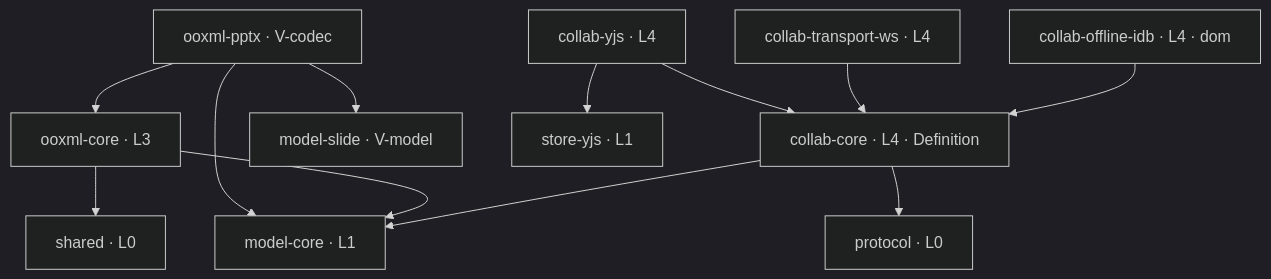
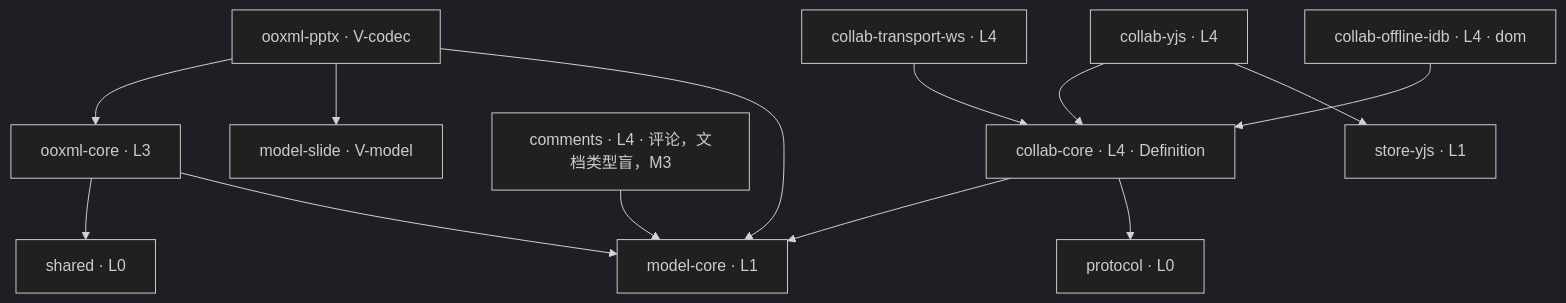
The eighth of 18 diagrams in docs/00-charter/charter.md (Xeonice/cordis-ppt-editor), drawn with Mermaid (dark theme) before and after one commit. The commit also changed other lines of this file and 79 other files, not shown here.

````diff
--- a/docs/00-charter/charter.md
+++ b/docs/00-charter/charter.md
@@ -374,25 +375,27 @@
 ```mermaid
 flowchart TB
   ooxmlpptx["ooxml-pptx · V-codec"]
   ooxmlcore["ooxml-core · L3"]
   collabyjs["collab-yjs · L4"]
   collabws["collab-transport-ws · L4"]
   collabidb["collab-offline-idb · L4 · dom"]
   collabcore["collab-core · L4 · Definition"]
+  comments["comments · L4 · 评论，文档类型盲，M3"]
   modelslide["model-slide · V-model"]
   storeyjs["store-yjs · L1"]
   modelcore["model-core · L1"]
   protocol["protocol · L0"]
   shared["shared · L0"]
   ooxmlpptx --> ooxmlcore
   ooxmlpptx --> modelslide
   ooxmlpptx --> modelcore
   ooxmlcore --> shared
   ooxmlcore --> modelcore
   collabyjs --> collabcore
   collabyjs --> storeyjs
   collabws --> collabcore
   collabidb --> collabcore
   collabcore --> modelcore
   collabcore --> protocol
+  comments --> modelcore
 ```
````
